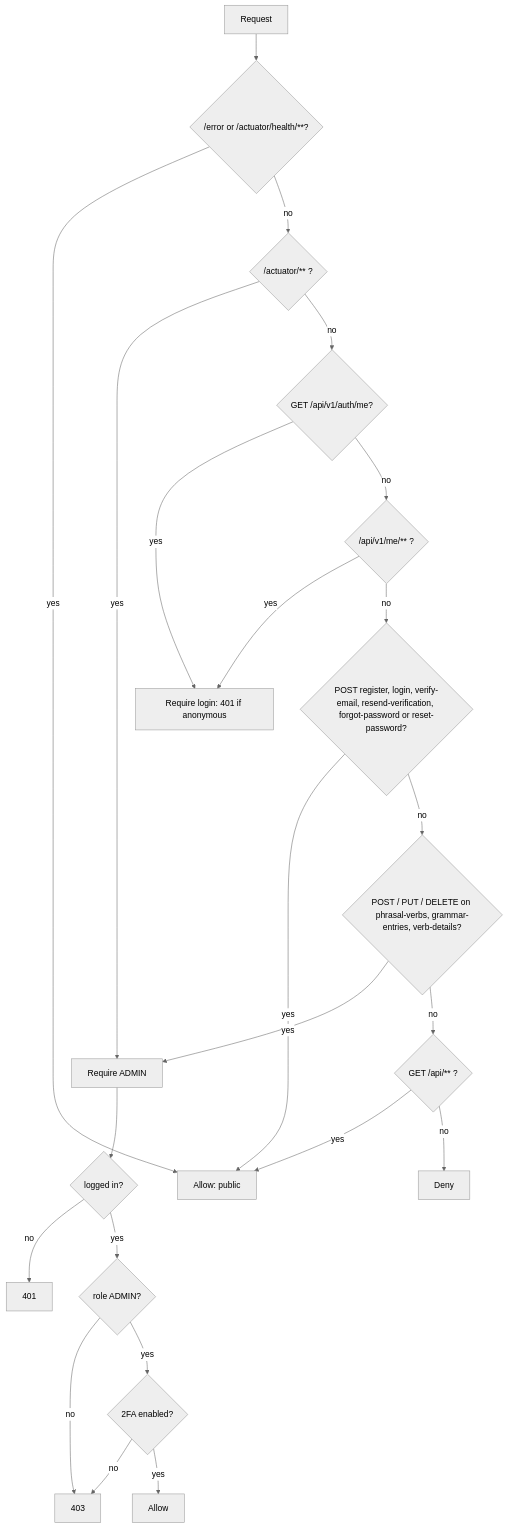
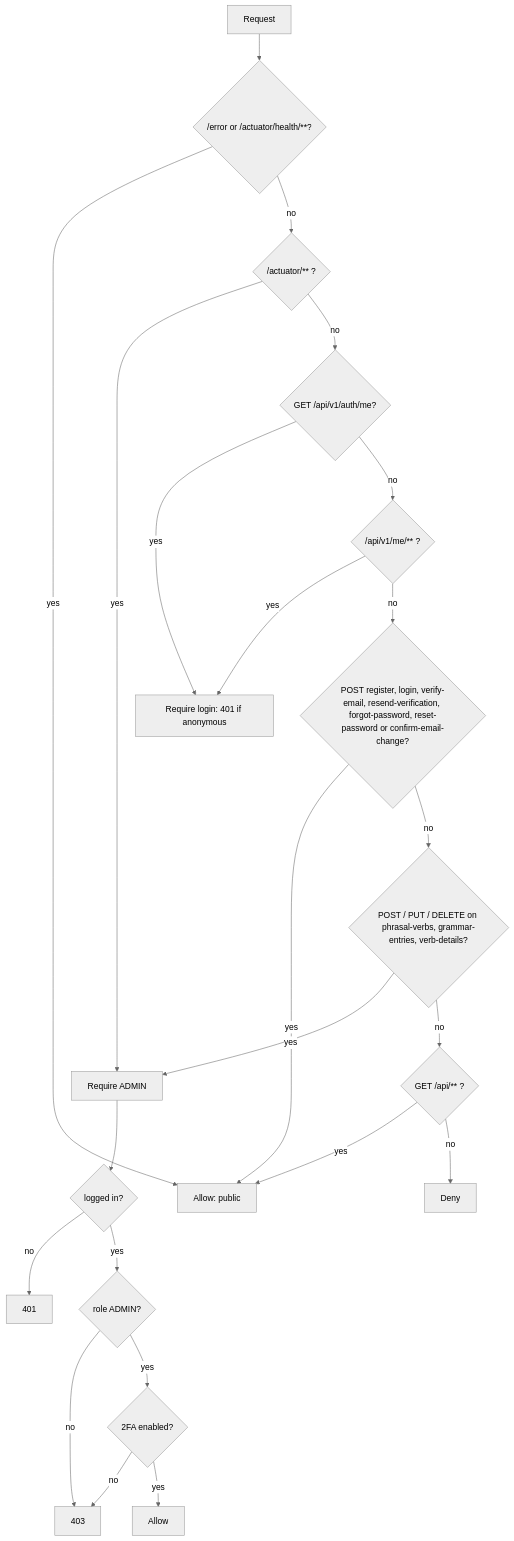
One commit to makeitfine-org/phrasal changed the third of 3 diagrams in docs/diagrams/auth-flow.md. Above: the diagram before and after it, drawn with Mermaid (neutral theme). The commit also changed other lines of this file and 14 other files, not shown here.

````diff
--- a/docs/diagrams/auth-flow.md
+++ b/docs/diagrams/auth-flow.md
@@ -57,25 +57,25 @@
 ```mermaid
 flowchart TD
     R[Request] --> E{/error or /actuator/health/**?}
     E -- yes --> PUB[Allow: public]
     E -- no --> A{/actuator/** ?}
     A -- yes --> ADM[Require ADMIN]
     A -- no --> ME{GET /api/v1/auth/me?}
     ME -- yes --> AUTH[Require login: 401 if anonymous]
     ME -- no --> MEP{/api/v1/me/** ?}
     MEP -- yes --> AUTH
-    MEP -- no --> RL{POST register, login, verify-email, resend-verification, forgot-password or reset-password?}
+    MEP -- no --> RL{POST register, login, verify-email, resend-verification, forgot-password, reset-password or confirm-email-change?}
     RL -- yes --> PUB
     RL -- no --> W{POST / PUT / DELETE on phrasal-verbs, grammar-entries, verb-details?}
     W -- yes --> ADM
     W -- no --> G{GET /api/** ?}
     G -- yes --> PUB
     G -- no --> DENY[Deny]
     ADM --> C{logged in?}
     C -- no --> U401[401]
     C -- yes --> RO{role ADMIN?}
     RO -- no --> F403[403]
     RO -- yes --> TF{2FA enabled?}
     TF -- no --> F403
     TF -- yes --> OK[Allow]
 ```
````
